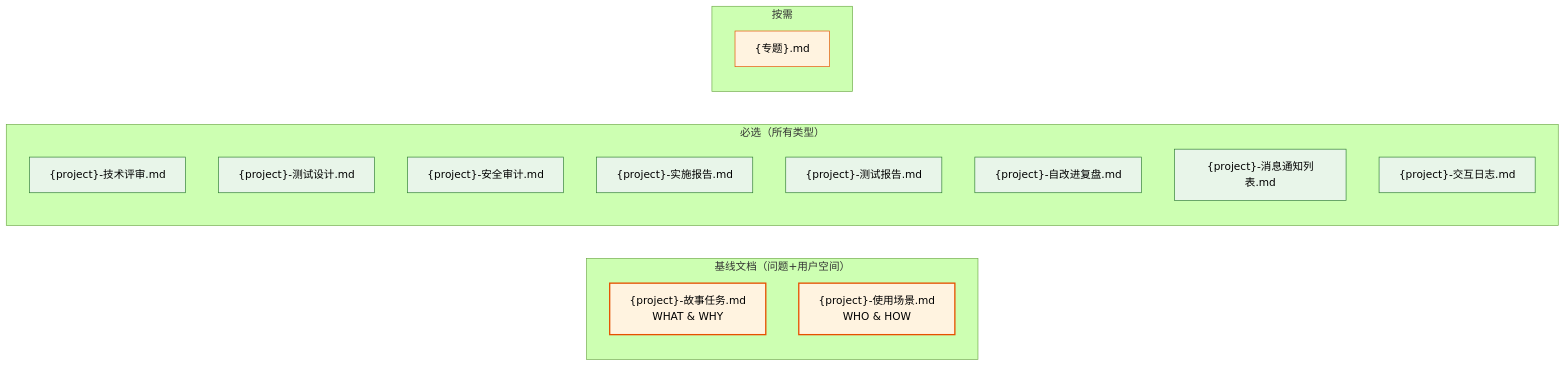
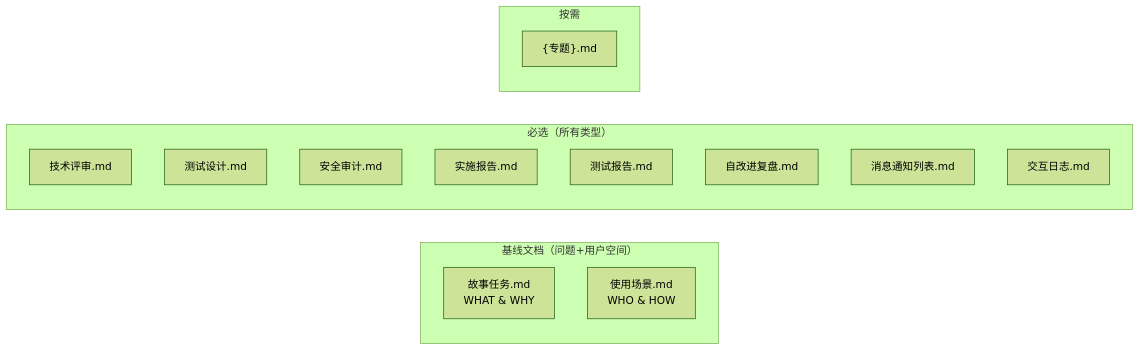
One commit to effiy/YrY changed the first of 5 diagrams in skills/rui/coder.md. Above: the diagram before and after it, drawn with Mermaid (forest theme). The commit also changed other lines of this file and 61 other files, not shown here.

````diff
--- a/skills/rui/coder.md
+++ b/skills/rui/coder.md
@@ -20,24 +20,21 @@
 ```mermaid
 flowchart LR
     subgraph 基线["基线文档（问题+用户空间）"]
-        B1["{project}-故事任务.md<br/>WHAT & WHY"]:::baseline
-        B2["{project}-使用场景.md<br/>WHO & HOW"]:::baseline
+        B1["故事任务.md<br/>WHAT & WHY"]:::baseline
+        B2["使用场景.md<br/>WHO & HOW"]:::baseline
     end
     subgraph 必选["必选（所有类型）"]
-        C1["{project}-技术评审.md"]:::must
-        C2["{project}-测试设计.md"]:::must
-        C3["{project}-安全审计.md"]:::must
-        C4["{project}-实施报告.md"]:::must
-        C5["{project}-测试报告.md"]:::must
-        C6["{project}-自改进复盘.md"]:::must
-        C7["{project}-消息通知列表.md"]:::must
-        C8["{project}-交互日志.md"]:::must
+        C1["技术评审.md"]:::must
+        C2["测试设计.md"]:::must
+        C3["安全审计.md"]:::must
+        C4["实施报告.md"]:::must
+        C5["测试报告.md"]:::must
+        C6["自改进复盘.md"]:::must
+        C7["消息通知列表.md"]:::must
+        C8["交互日志.md"]:::must
     end
     subgraph 补充["按需"]
         E1["{专题}.md"]:::supp
     end
 
-    classDef baseline fill:#fff3e0,stroke:#e65100,stroke-width:2px;
-    classDef must fill:#e8f5e9,stroke:#2e7d32;
-    classDef supp fill:#fff3e0,stroke:#e65100;
 ```
````
